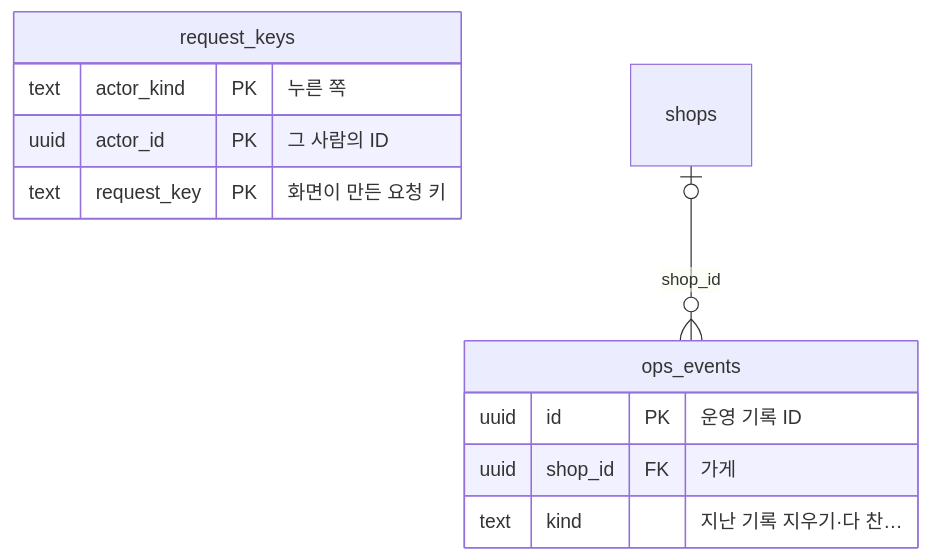
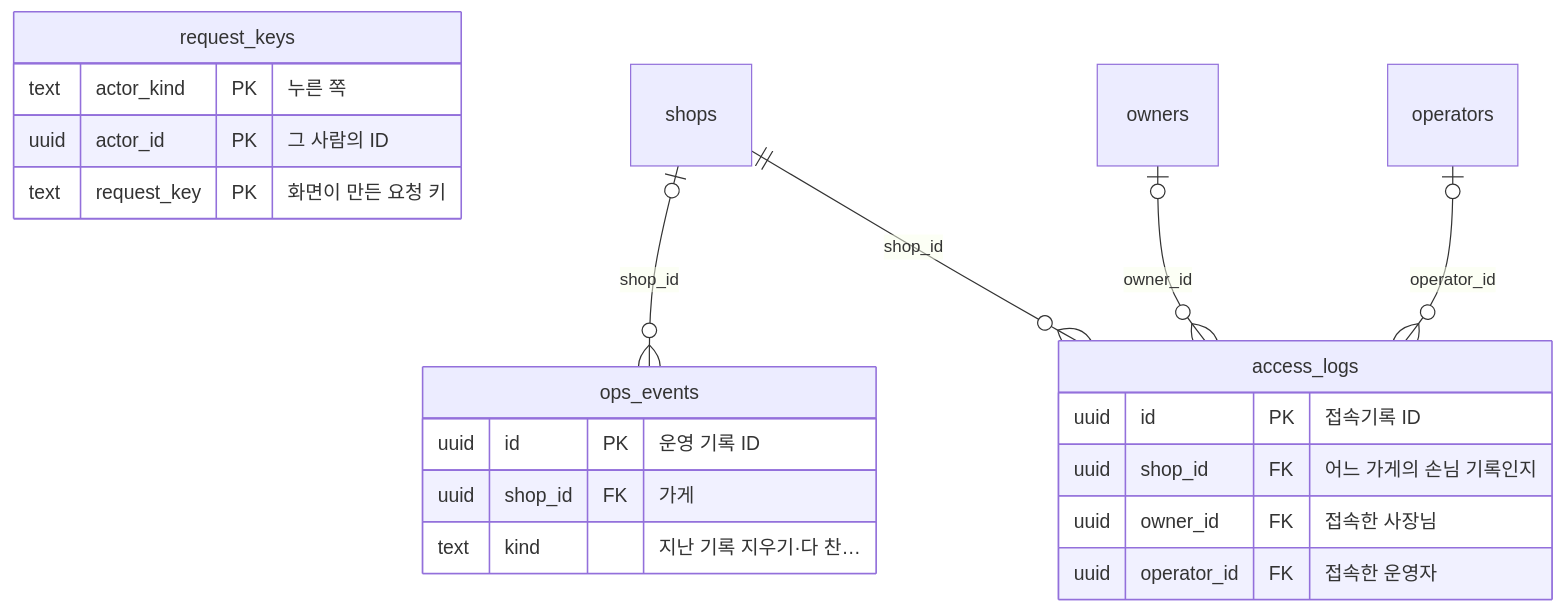
One commit to kodonghui/siljang.ai changed diagram 11 of 11 in docs/05-erd/README.md. Above: the diagram before and after it, drawn with Mermaid. The commit also changed other lines of this file and 56 other files, not shown here.

````diff
--- a/docs/05-erd/README.md
+++ b/docs/05-erd/README.md
@@ -628,14 +632,23 @@
 ```mermaid
 erDiagram
   request_keys {
     text actor_kind PK "누른 쪽"
     uuid actor_id PK "그 사람의 ID"
     text request_key PK "화면이 만든 요청 키"
   }
   ops_events {
     uuid id PK "운영 기록 ID"
     uuid shop_id FK "가게"
     text kind "지난 기록 지우기·다 찬…"
   }
+  access_logs {
+    uuid id PK "접속기록 ID"
+    uuid shop_id FK "어느 가게의 손님 기록인지"
+    uuid owner_id FK "접속한 사장님"
+    uuid operator_id FK "접속한 운영자"
+  }
   shops |o--o{ ops_events : "shop_id"
+  shops ||--o{ access_logs : "shop_id"
+  owners |o--o{ access_logs : "owner_id"
+  operators |o--o{ access_logs : "operator_id"
 ```
````
